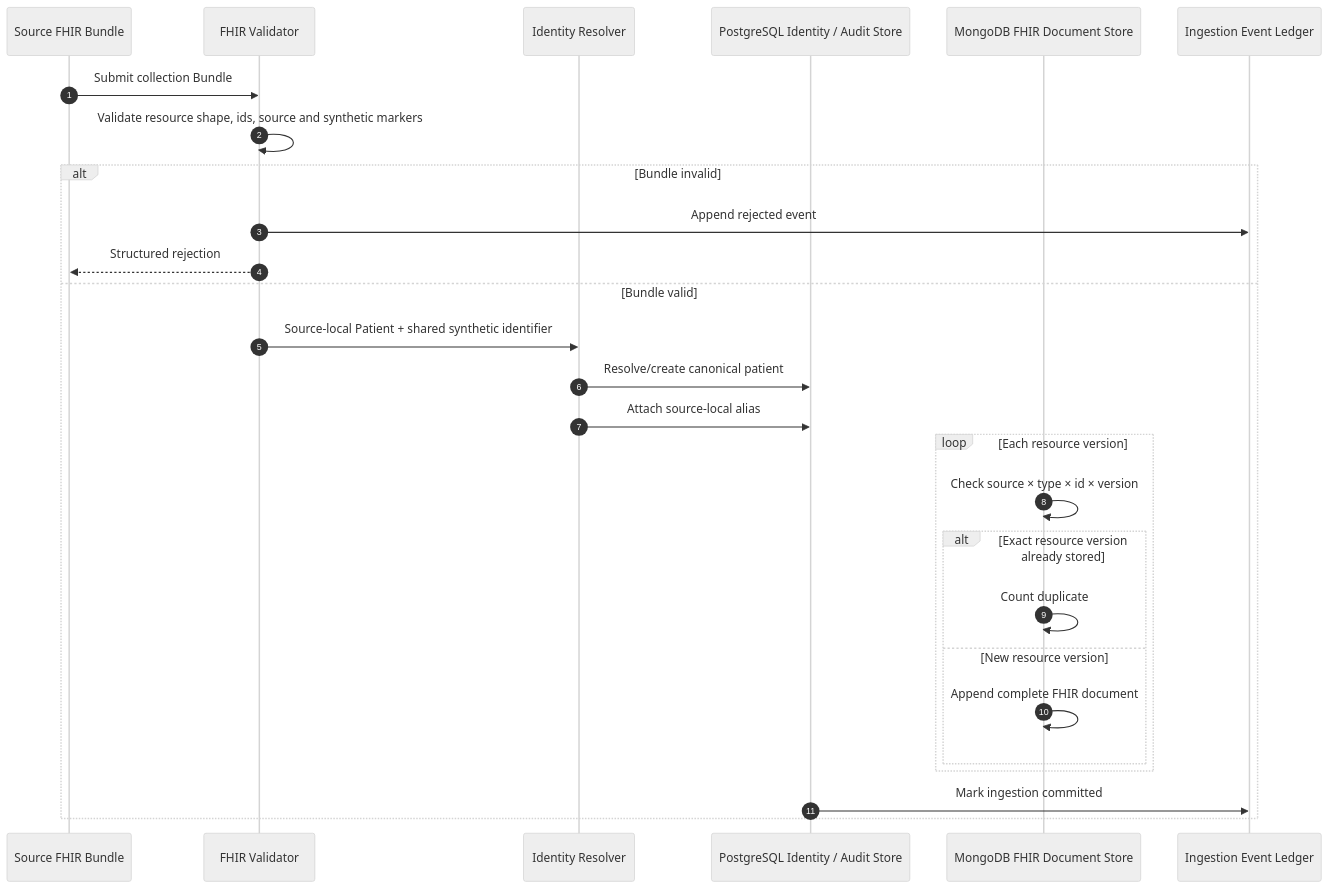
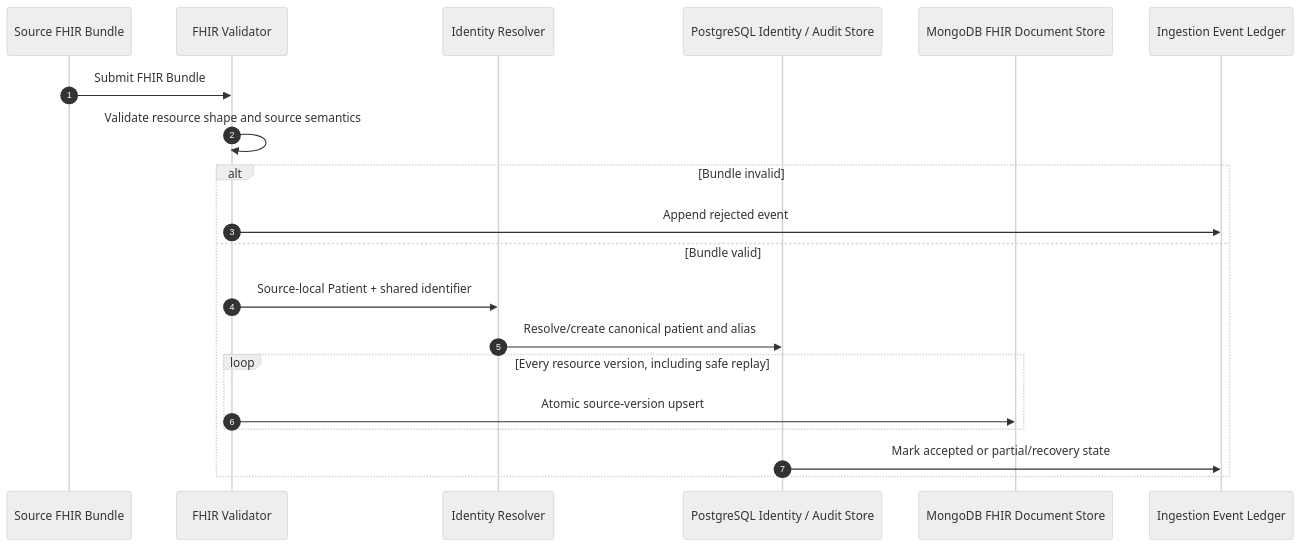
The first of 6 diagrams in docs/architecture/ingestion-persistence.md (DiogoRibeiro7/sns-patient-360), drawn with Mermaid (neutral theme) before and after one commit. The commit also changed other lines of this file, not shown here.

Commit message:
docs: update persistence diagrams for DICOM imaging plane

````diff
--- a/docs/architecture/ingestion-persistence.md
+++ b/docs/architecture/ingestion-persistence.md
@@ -11,31 +13,24 @@
 ```mermaid
 sequenceDiagram
     autonumber
     participant Source as Source FHIR Bundle
     participant Validator as FHIR Validator
     participant Resolver as Identity Resolver
     participant SQL as PostgreSQL Identity / Audit Store
     participant Mongo as MongoDB FHIR Document Store
     participant Ledger as Ingestion Event Ledger
 
-    Source->>Validator: Submit collection Bundle
-    Validator->>Validator: Validate resource shape, ids, source and synthetic markers
+    Source->>Validator: Submit FHIR Bundle
+    Validator->>Validator: Validate resource shape and source semantics
 
     alt Bundle invalid
         Validator->>Ledger: Append rejected event
-        Validator-->>Source: Structured rejection
     else Bundle valid
-        Validator->>Resolver: Source-local Patient + shared synthetic identifier
-        Resolver->>SQL: Resolve/create canonical patient
-        Resolver->>SQL: Attach source-local alias
-        loop Each resource version
-            Mongo->>Mongo: Check source × type × id × version
-            alt Exact resource version already stored
-                Mongo->>Mongo: Count duplicate
-            else New resource version
-                Mongo->>Mongo: Append complete FHIR document
-            end
+        Validator->>Resolver: Source-local Patient + shared identifier
+        Resolver->>SQL: Resolve/create canonical patient and alias
+        loop Every resource version, including safe replay
+            Validator->>Mongo: Atomic source-version upsert
         end
-        SQL->>Ledger: Mark ingestion committed
+        SQL->>Ledger: Mark accepted or partial/recovery state
     end
 ```
````
